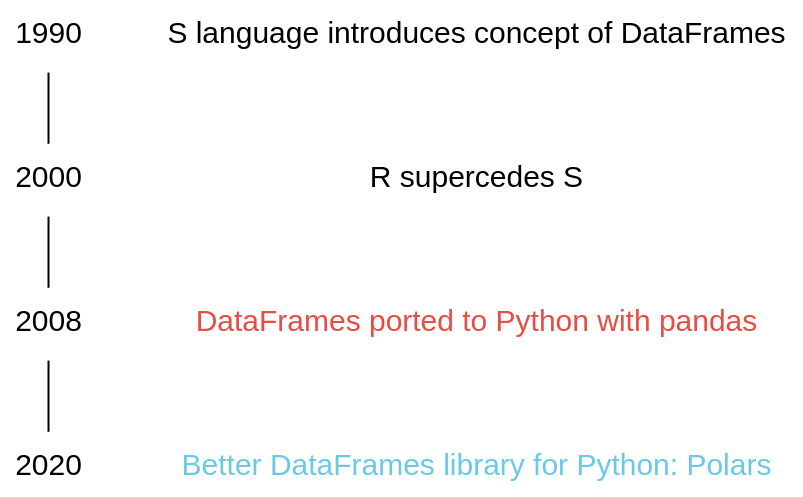
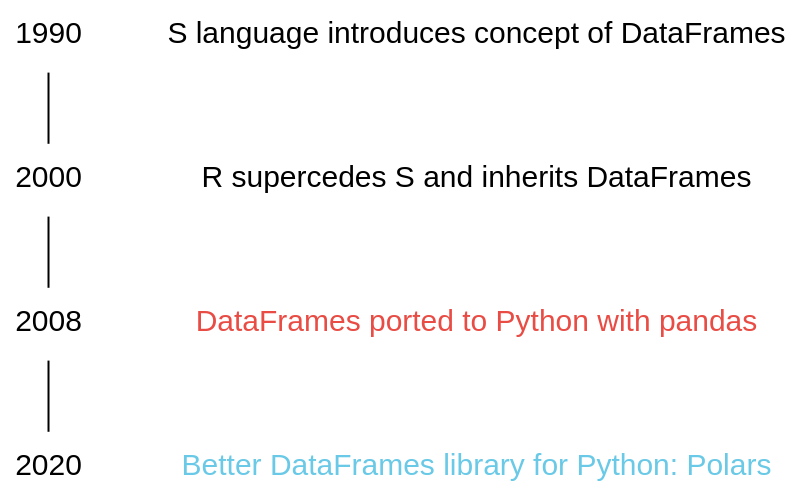
One commit to WestDRI/arc-training changed the diagram in python/wb_polars2_slides.qmd. Above: the diagram before and after it, drawn with Graphviz. The commit also changed other lines of this file, not shown here.

````diff
--- a/python/wb_polars2_slides.qmd
+++ b/python/wb_polars2_slides.qmd
@@ -46,27 +48,27 @@
 ```{dot}
 //| echo: false
 //| fig-height: 450px
 
 strict graph {
 
 bgcolor="transparent"
 graph [fontname="Inconsolata, sans-serif"]
 node [fontname="Inconsolata, sans-serif", fontsize=15]
 
 y1 [label=1990, shape=plaintext, group=g1, group=g1]
 y2 [label=2000, shape=plaintext, group=g1, group=g1]
 y3 [label=2008, shape=plaintext, group=g1]
 y4 [label=2020, shape=plaintext, group=g1]
 
 l1 [label="S language introduces concept of DataFrames", href="https://en.wikipedia.org/wiki/S_(programming_language)", shape=plaintext, group=g2]
-l2 [label="R supercedes S", href="https://en.wikipedia.org/wiki/R_(programming_language)", shape=plaintext, group=g2]
+l2 [label="R supercedes S and inherits DataFrames", href="https://en.wikipedia.org/wiki/R_(programming_language)", shape=plaintext, group=g2]
 l3 [label="DataFrames ported to Python with pandas", href="https://github.com/pandas-dev/pandas", shape=plaintext, group=g2, fontcolor="#e84c44"]
 l4 [label="Better DataFrames library for Python: Polars", href="https://github.com/pola-rs/polars", shape=plaintext, group=g2, fontcolor="#69c9e6"]
 
 {rank=same; y1 l1}
 
 y1 -- y2 -- y3 -- y4
 l1 -- l2 -- l3 -- l4 [style=invis]
 
 }
 ```
````
